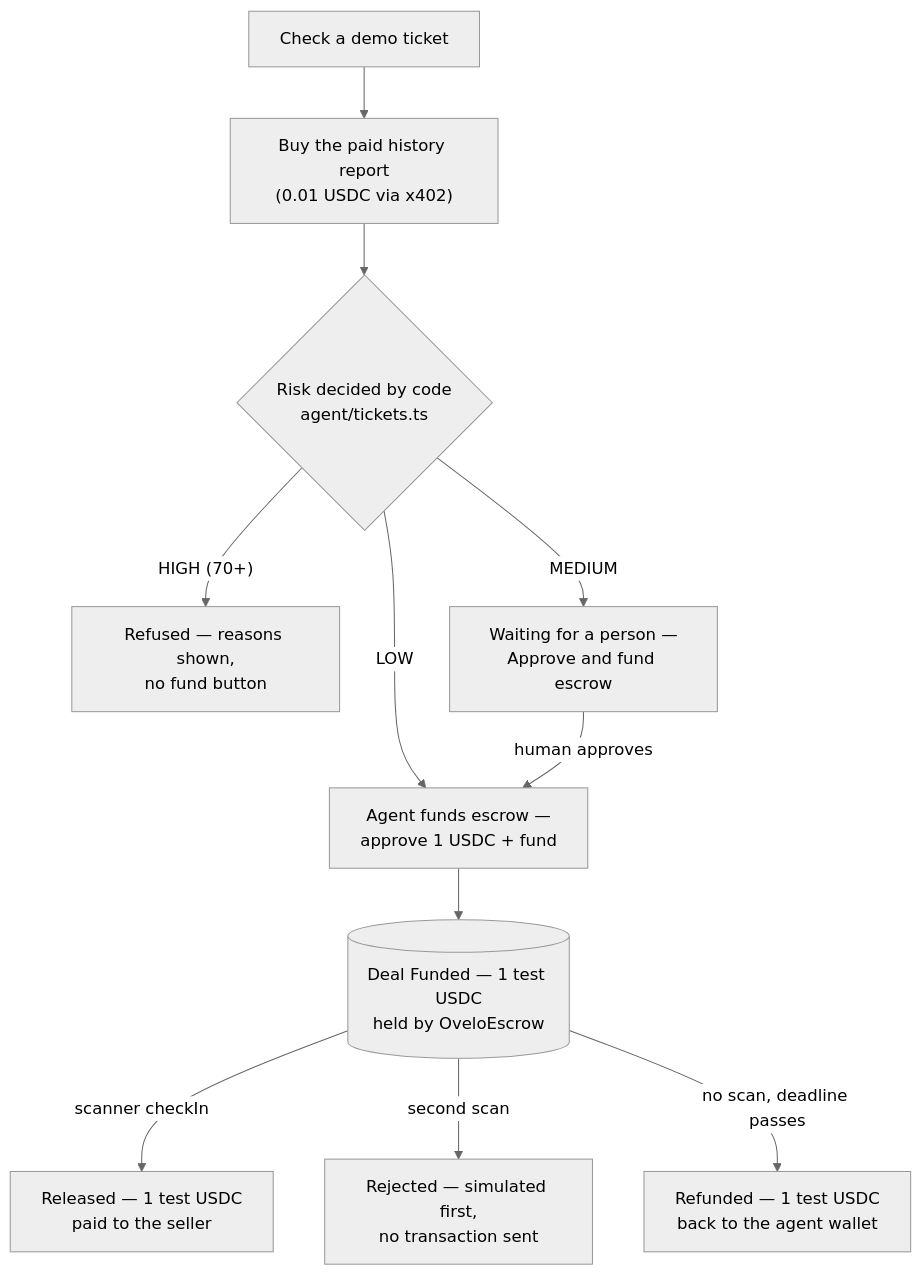
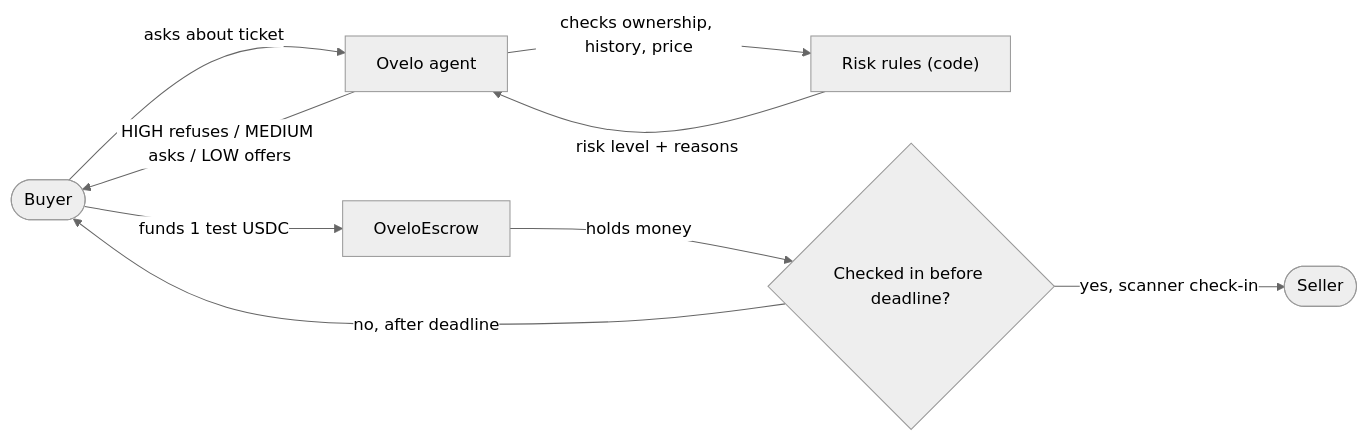
One commit to vishvajitbhagave-dev/ovelo changed the diagram in README.md. Above: the diagram before and after it, drawn with Mermaid (neutral theme). The commit also changed other lines of this file, not shown here.

````diff
--- a/README.md
+++ b/README.md
@@ -149,13 +139,11 @@
 ```mermaid
-flowchart TD
-  Check["Check a demo ticket"] --> Report["Buy the paid history report<br/>(0.01 USDC via x402)"]
-  Report --> Risk{"Risk decided by code<br/>agent/tickets.ts"}
-  Risk -->|"HIGH (70+)"| High["Refused — reasons shown,<br/>no fund button"]
-  Risk -->|"MEDIUM"| Medium["Waiting for a person —<br/>Approve and fund escrow"]
-  Risk -->|"LOW"| Fund["Agent funds escrow —<br/>approve 1 USDC + fund"]
-  Medium -->|"human approves"| Fund
-  Fund --> Deal[("Deal Funded — 1 test USDC<br/>held by OveloEscrow")]
-  Deal -->|"scanner checkIn"| Released["Released — 1 test USDC<br/>paid to the seller"]
-  Deal -->|"second scan"| Rejected["Rejected — simulated first,<br/>no transaction sent"]
-  Deal -->|"no scan, deadline passes"| Refund["Refunded — 1 test USDC<br/>back to the agent wallet"]
+flowchart LR
+    Buyer(["Buyer"]) -->|"asks about ticket"| Agent["Ovelo agent"]
+    Agent -->|"checks ownership, history, price"| Rules["Risk rules (code)"]
+    Rules -->|"risk level + reasons"| Agent
+    Agent -->|"HIGH refuses / MEDIUM asks / LOW offers"| Buyer
+    Buyer -->|"funds 1 test USDC"| Escrow["OveloEscrow"]
+    Escrow -->|"holds money"| Gate{"Checked in before deadline?"}
+    Gate -->|"yes, scanner check-in"| Seller(["Seller"])
+    Gate -->|"no, after deadline"| Buyer
 ```
````
